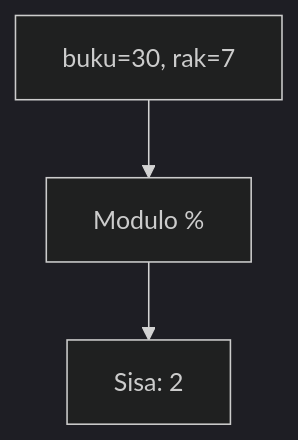
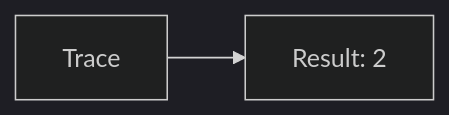
Before and after one commit to amnahwaida/OSNK_INF_PREP: diagram 13 of 25 in part-c-pemahaman-cpp/01-tipe-data/latihan/set-06.md, drawn with Mermaid (dark theme). The commit also changed other lines of this file and 71 other files, not shown here.

````diff
--- a/part-c-pemahaman-cpp/01-tipe-data/latihan/set-06.md
+++ b/part-c-pemahaman-cpp/01-tipe-data/latihan/set-06.md
@@ -108,5 +274,4 @@
 ```mermaid
-graph TD
-A["buku=30, rak=7"] --> B["Modulo %"]
-B --> C["Sisa: 2"]
+graph LR
+A[Trace] --> B[Result: 2]
 ```
````
